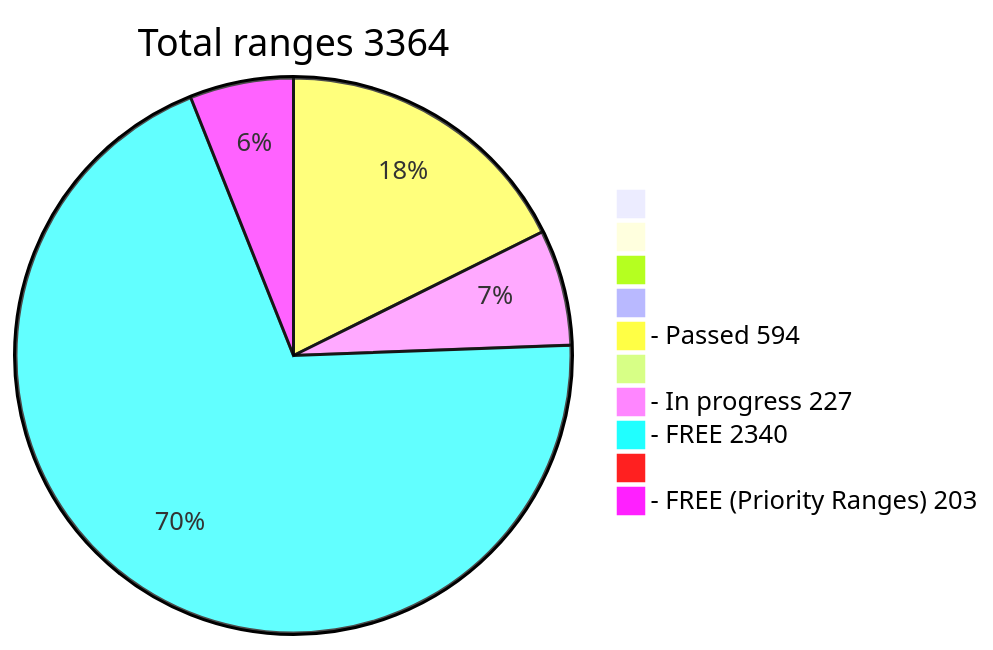
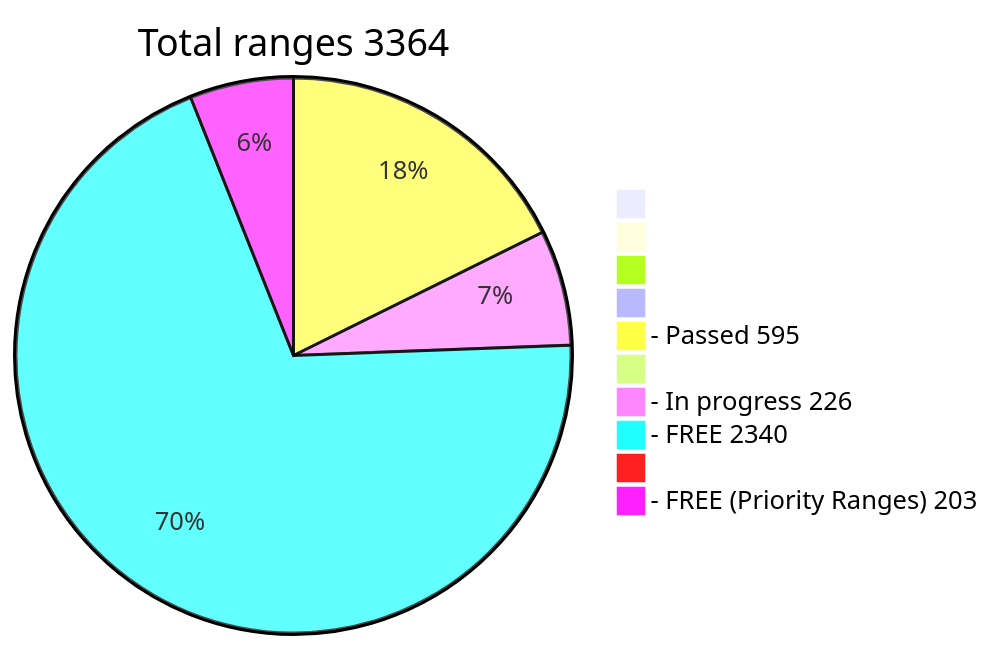
Before and after one commit to phrutis/wif500: the diagram in README.md, drawn with Mermaid.

````diff
--- a/README.md
+++ b/README.md
@@ -16,13 +16,13 @@
 ```mermaid
 pie title Total ranges 3364
              " " : 0
             "  " : 0
            "   " : 0
           "    " : 0
-  "- Passed 594" : 594
+  "- Passed 595" : 595
          "     " : 0
-  "- In progress 227" : 227
+  "- In progress 226" : 226
    "- FREE 2340" : 2340
         "      " : 0
   "- FREE (Priority Ranges) 203" : 203
 ```
````
